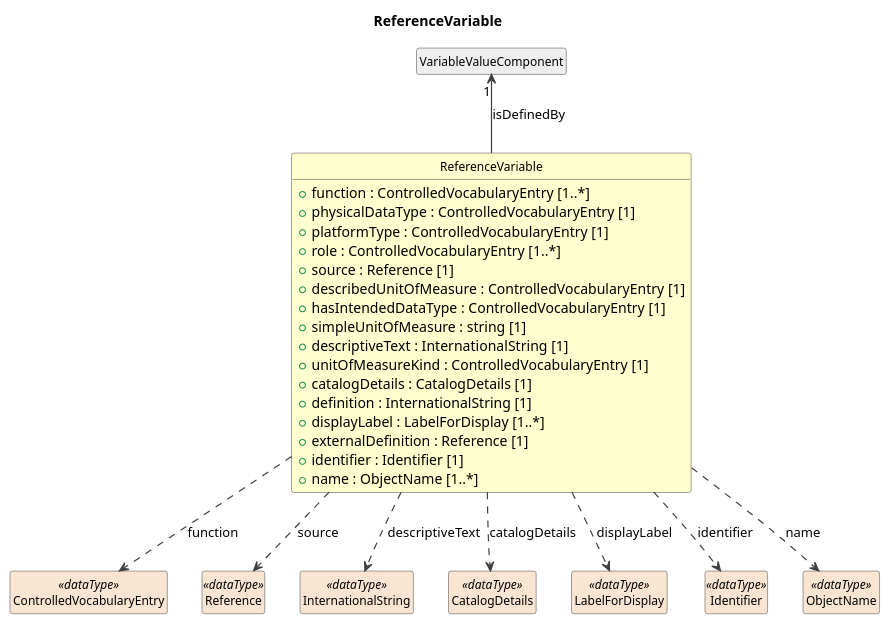
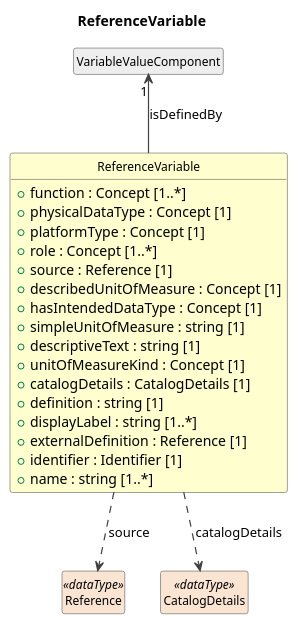
One commit to Cross-Domain-Interoperability-Framework/metadataBuildingBlocks changed the diagram in build/plantuml/cdifDataStructure/Classes/ReferenceVariable.pu. Above: the diagram before and after it, drawn with PlantUML. The commit also changed 237 other files, not shown here.

```diff
--- a/build/plantuml/cdifDataStructure/Classes/ReferenceVariable.pu
+++ b/build/plantuml/cdifDataStructure/Classes/ReferenceVariable.pu
@@ -1,48 +1,38 @@
 @startuml
 title ReferenceVariable
 hide circle
 hide empty members
 skinparam shadowing false
 skinparam ArrowThickness 1.2
 skinparam class {
   ArrowColor #404040
   BorderColor #404040
   FontSize 12
 }
 
 class "ReferenceVariable" as ReferenceVariable #FEFECE {
-  +function : ControlledVocabularyEntry [1..*]
-  +physicalDataType : ControlledVocabularyEntry [1]
-  +platformType : ControlledVocabularyEntry [1]
-  +role : ControlledVocabularyEntry [1..*]
+  +function : Concept [1..*]
+  +physicalDataType : Concept [1]
+  +platformType : Concept [1]
+  +role : Concept [1..*]
   +source : Reference [1]
-  +describedUnitOfMeasure : ControlledVocabularyEntry [1]
-  +hasIntendedDataType : ControlledVocabularyEntry [1]
+  +describedUnitOfMeasure : Concept [1]
+  +hasIntendedDataType : Concept [1]
   +simpleUnitOfMeasure : string [1]
-  +descriptiveText : InternationalString [1]
-  +unitOfMeasureKind : ControlledVocabularyEntry [1]
+  +descriptiveText : string [1]
+  +unitOfMeasureKind : Concept [1]
   +catalogDetails : CatalogDetails [1]
-  +definition : InternationalString [1]
-  +displayLabel : LabelForDisplay [1..*]
+  +definition : string [1]
+  +displayLabel : string [1..*]
   +externalDefinition : Reference [1]
   +identifier : Identifier [1]
-  +name : ObjectName [1..*]
+  +name : string [1..*]
 }
 class "VariableValueComponent" as VariableValueComponent #EEEEEE
 VariableValueComponent "1" <-- ReferenceVariable : isDefinedBy
-class "ControlledVocabularyEntry" as ControlledVocabularyEntry <<dataType>> #FAE5D3
-ReferenceVariable ..> ControlledVocabularyEntry : function
 class "Reference" as Reference <<dataType>> #FAE5D3
 ReferenceVariable ..> Reference : source
-class "InternationalString" as InternationalString <<dataType>> #FAE5D3
-ReferenceVariable ..> InternationalString : descriptiveText
 class "CatalogDetails" as CatalogDetails <<dataType>> #FAE5D3
 ReferenceVariable ..> CatalogDetails : catalogDetails
-class "LabelForDisplay" as LabelForDisplay <<dataType>> #FAE5D3
-ReferenceVariable ..> LabelForDisplay : displayLabel
-class "Identifier" as Identifier <<dataType>> #FAE5D3
-ReferenceVariable ..> Identifier : identifier
-class "ObjectName" as ObjectName <<dataType>> #FAE5D3
-ReferenceVariable ..> ObjectName : name
 
 @enduml
```
